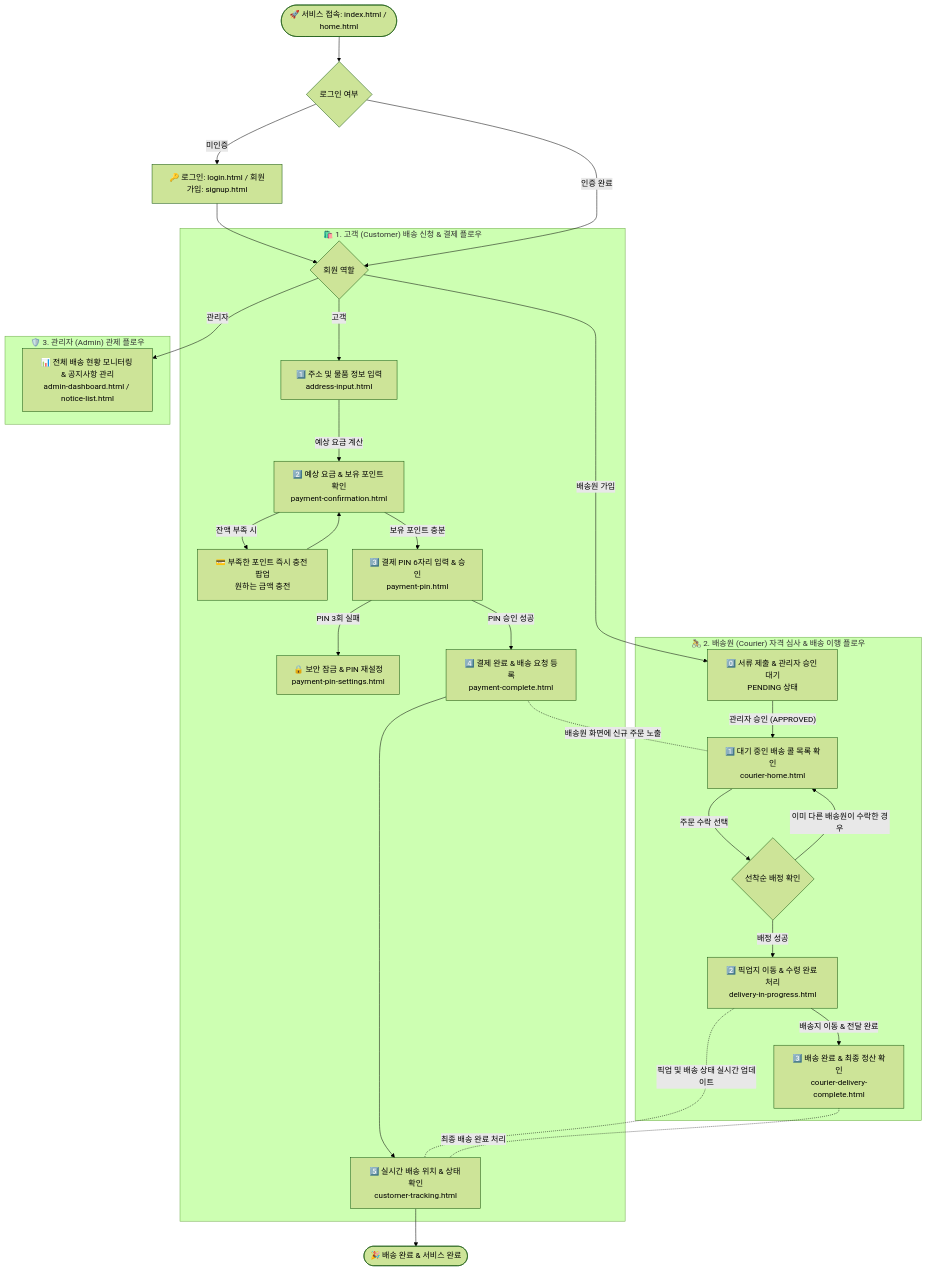
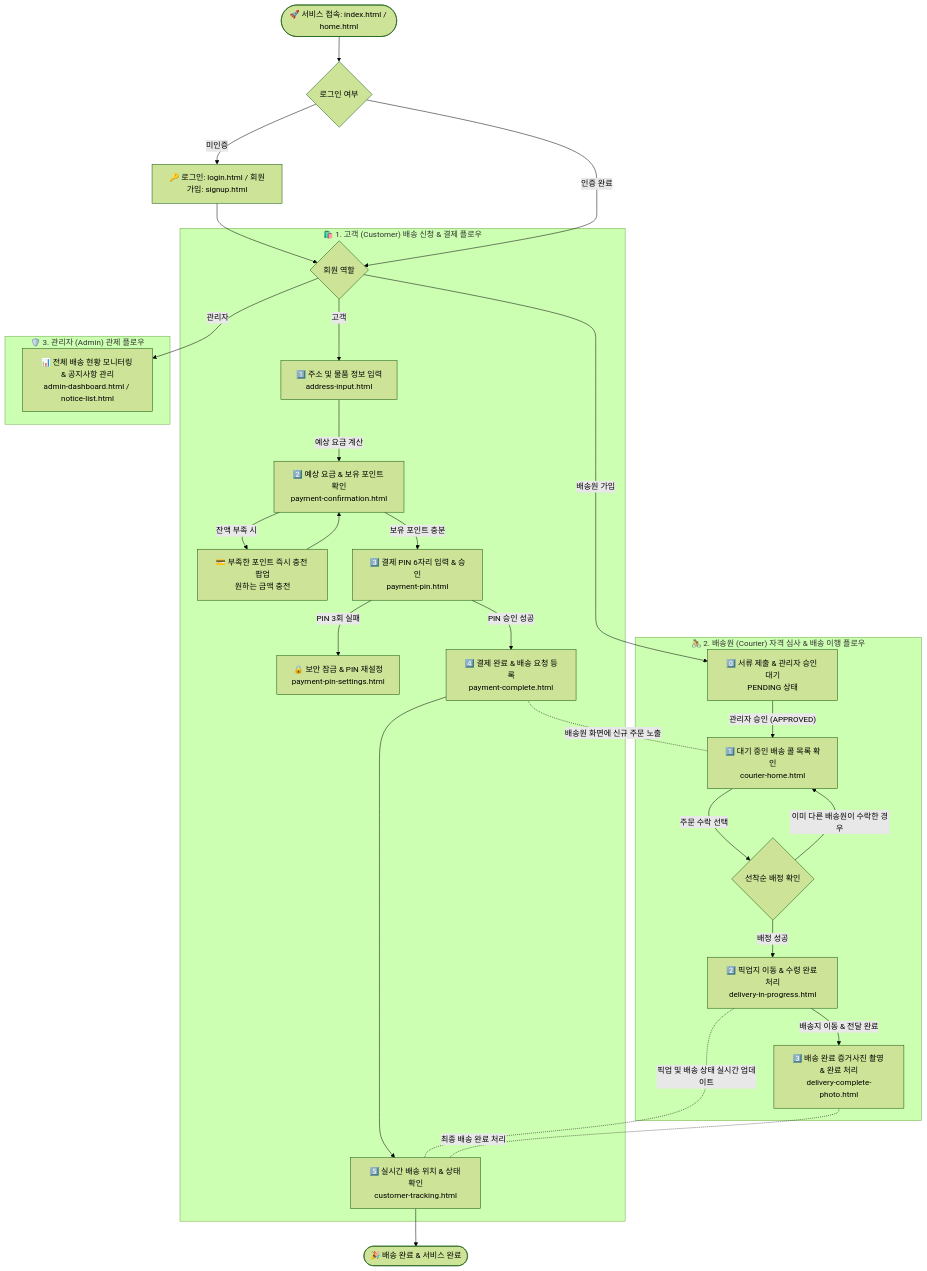
The first of 3 diagrams in docs/architecture/전체-유저-플로우-가이드.md (ShinhanDSProject/shinhan-delivery), drawn with Mermaid (forest theme) before and after one commit. The commit also changed other lines of this file, not shown here.

First line of the commit message:
docs: 유저 플로우 가이드 배송원 2·3단계 화면 파일명 재동기화

````diff
--- a/docs/architecture/전체-유저-플로우-가이드.md
+++ b/docs/architecture/전체-유저-플로우-가이드.md
@@ -29,53 +29,53 @@
 ```mermaid
 flowchart TD
     %% 시작 및 인증
     Start([🚀 서비스 접속: index.html / home.html]) --> AuthChoice{로그인 여부}
     
     AuthChoice -- 미인증 --> Login[🔑 로그인: login.html / 회원가입: signup.html]
     Login --> RoleChoice{회원 역할}
     AuthChoice -- 인증 완료 --> RoleChoice
 
     %% -------------------------------------------------------------
     %% 1. 고객 (Customer) 유저 플로우
     %% -------------------------------------------------------------
     subgraph CustomerFlow ["🛍️ 1. 고객 (Customer) 배송 신청 & 결제 플로우"]
         RoleChoice -- 고객 --> AddrInput[1️⃣ 주소 및 물품 정보 입력<br/>address-input.html]
         AddrInput -- 예상 요금 계산 --> PayConfirm[2️⃣ 예상 요금 & 보유 포인트 확인<br/>payment-confirmation.html]
         
         PayConfirm -- 잔액 부족 시 --> PointCharge[💳 부족한 포인트 즉시 충전 팝업<br/>원하는 금액 충전]
         PointCharge --> PayConfirm
         
         PayConfirm -- 보유 포인트 충분 --> PayPin[3️⃣ 결제 PIN 6자리 입력 & 승인<br/>payment-pin.html]
         PayPin -- PIN 3회 실패 --> PinLock[🔒 보안 잠금 & PIN 재설정<br/>payment-pin-settings.html]
         PayPin -- PIN 승인 성공 --> PayComplete[4️⃣ 결제 완료 & 배송 요청 등록<br/>payment-complete.html]
         
         PayComplete --> Tracking[5️⃣ 실시간 배송 위치 & 상태 확인<br/>customer-tracking.html]
     end
 
     %% -------------------------------------------------------------
     %% 2. 배송원 (Courier) 유저 플로우
     %% -------------------------------------------------------------
     subgraph CourierFlow ["🚴 2. 배송원 (Courier) 자격 심사 & 배송 이행 플로우"]
         RoleChoice -- 배송원 가입 --> CourierPending[0️⃣ 서류 제출 & 관리자 승인 대기<br/>PENDING 상태]
         CourierPending -- 관리자 승인 (APPROVED) --> CourierDash[1️⃣ 대기 중인 배송 콜 목록 확인<br/>courier-home.html]
         
         CourierDash -- 주문 수락 선택 --> MatchCheck{선착순 배정 확인}
         MatchCheck -- 이미 다른 배송원이 수락한 경우 --> CourierDash
         MatchCheck -- 배정 성공 --> CourierPickup[2️⃣ 픽업지 이동 & 수령 완료 처리<br/>delivery-in-progress.html]
         
-        CourierPickup -- 배송지 이동 & 전달 완료 --> CourierComplete[3️⃣ 배송 완료 & 최종 정산 확인<br/>courier-delivery-complete.html]
+        CourierPickup -- 배송지 이동 & 전달 완료 --> CourierComplete[3️⃣ 배송 완료 증거사진 촬영 & 완료 처리<br/>delivery-complete-photo.html]
     end
 
     %% -------------------------------------------------------------
     %% 3. 관리자 (Admin) 유저 플로우
     %% -------------------------------------------------------------
     subgraph AdminFlow ["🛡️ 3. 관리자 (Admin) 관제 플로우"]
         RoleChoice -- 관리자 --> AdminDash[📊 전체 배송 현황 모니터링 & 공지사항 관리<br/>admin-dashboard.html / notice-list.html]
     end
 
     %% 실시간 상호작용 연결
     PayComplete -. 배송원 화면에 신규 주문 노출 .- CourierDash
     CourierPickup -. 픽업 및 배송 상태 실시간 업데이트 .- Tracking
     CourierComplete -. 최종 배송 완료 처리 .- Tracking
     Tracking --> Finish([🎉 배송 완료 & 서비스 완료])
 ```
````
